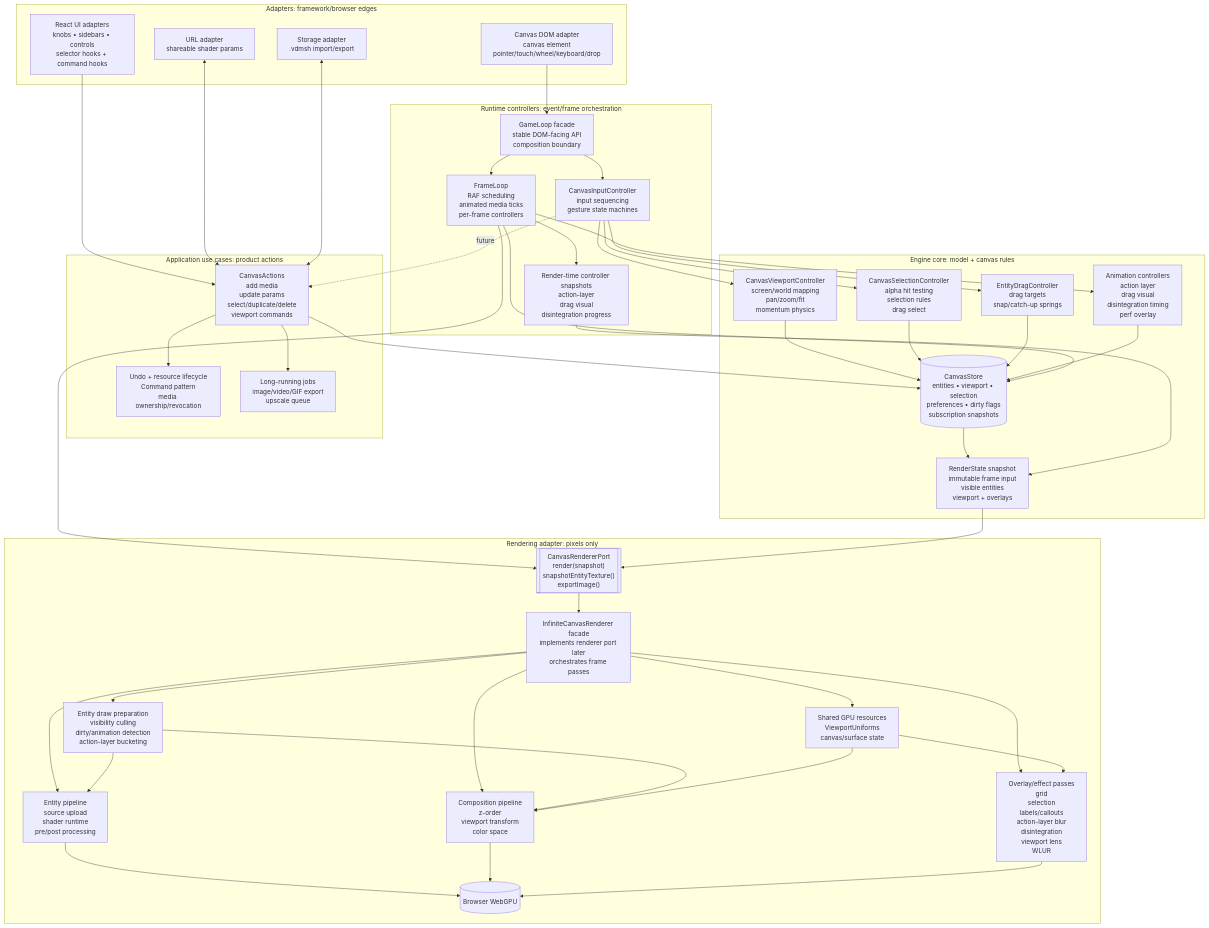
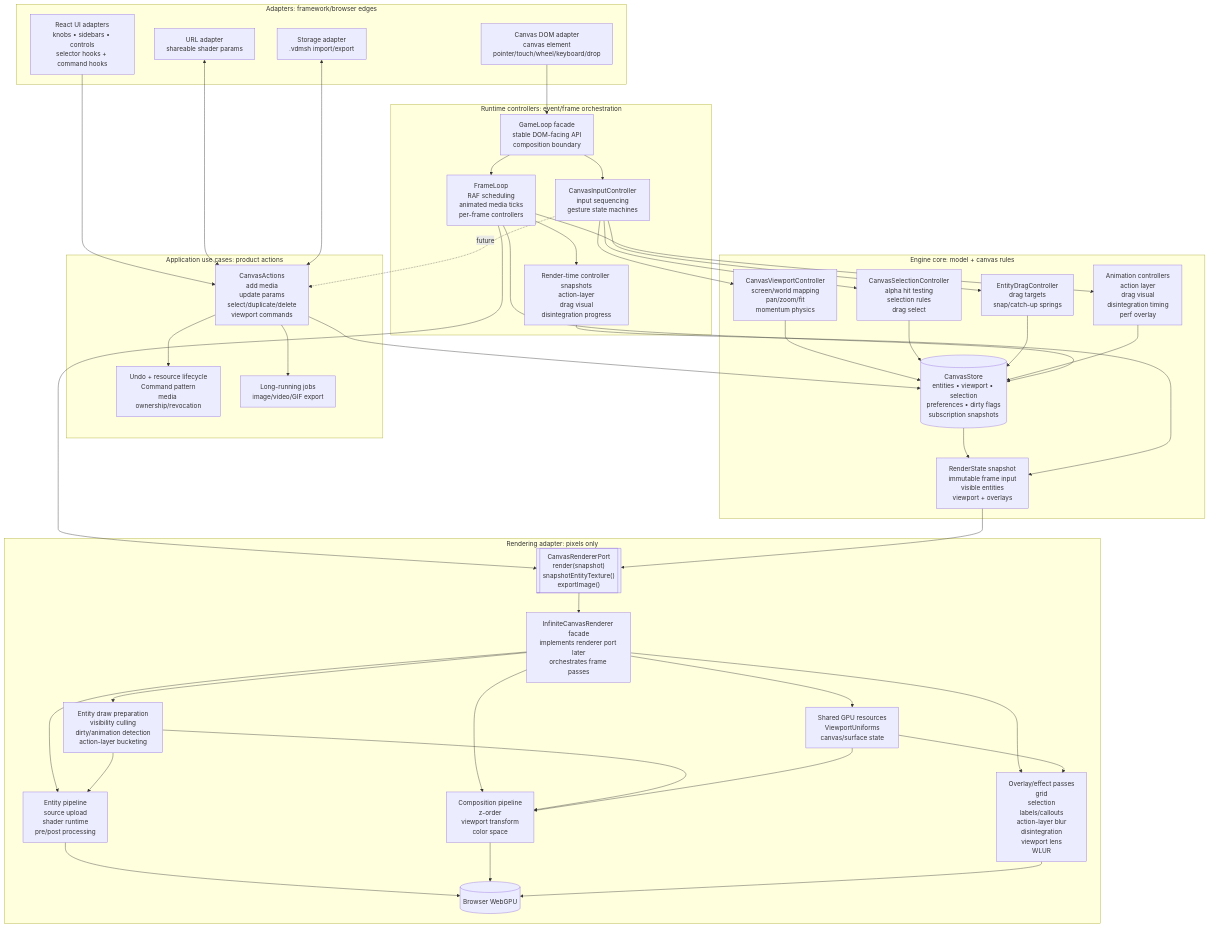
The third of 5 diagrams in ARCHITECTURE.md (ogdakke/voidmesh), drawn with Mermaid before and after one commit. The commit also changed other lines of this file and 35 other files, not shown here.

```diff
--- a/ARCHITECTURE.md
+++ b/ARCHITECTURE.md
@@ -326,7 +323,7 @@
   subgraph Application["Application use cases: product actions"]
     actions["CanvasActions<br/>add media<br/>update params<br/>select/duplicate/delete<br/>viewport commands"]
     undo["Undo + resource lifecycle<br/>Command pattern<br/>media ownership/revocation"]
-    jobs["Long-running jobs<br/>image/video/GIF export<br/>upscale queue"]
+    jobs["Long-running jobs<br/>image/video/GIF export"]
   end
 
   subgraph Runtime["Runtime controllers: event/frame orchestration"]
```
